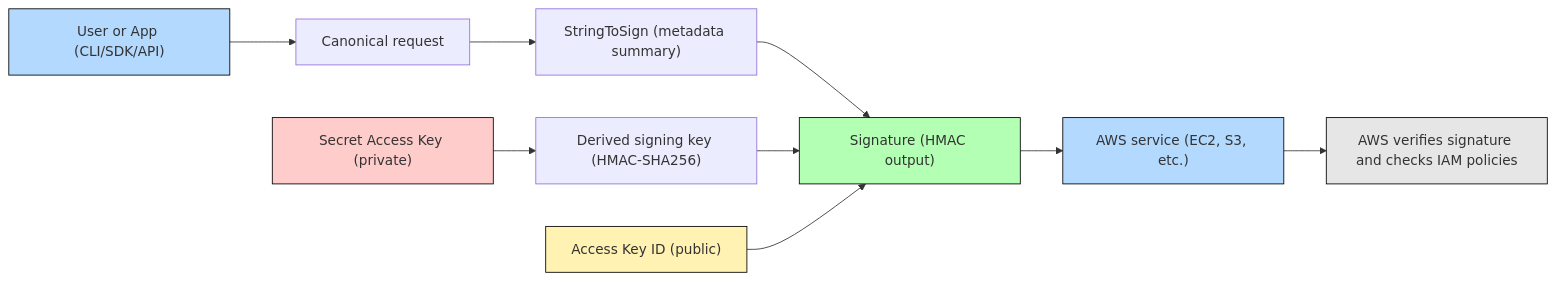
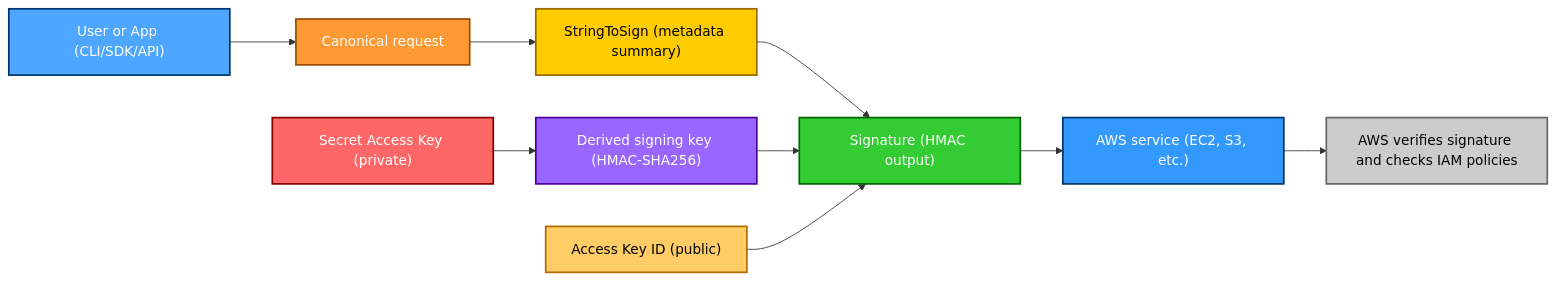
One commit to ronthesoul/awsCourse changed the diagram in README.md. Above: the diagram before and after it, drawn with Mermaid.

Commit message:
added some stuff

````diff
--- a/README.md
+++ b/README.md
@@ -223,18 +223,22 @@
 ```mermaid
 flowchart LR
     U["User or App (CLI/SDK/API)"] --> CR["Canonical request"]
     CR --> STS["StringToSign (metadata summary)"]
     SAK["Secret Access Key (private)"] --> HK["Derived signing key (HMAC-SHA256)"]
     STS --> SIG["Signature (HMAC output)"]
     HK --> SIG
     AK["Access Key ID (public)"] --> SIG
     SIG --> AWS["AWS service (EC2, S3, etc.)"]
     AWS --> VER["AWS verifies signature and checks IAM policies"]
 
-    style U fill:#b3d9ff,stroke:#000
-    style AK fill:#fff2b3,stroke:#000
-    style SAK fill:#ffcccc,stroke:#000
-    style SIG fill:#b3ffb3,stroke:#000
-    style AWS fill:#b3d9ff,stroke:#000
-    style VER fill:#e6e6e6,stroke:#000
+    %% Colors
+    style U fill:#4da6ff,stroke:#003366,stroke-width:2px,color:#ffffff
+    style CR fill:#ff9933,stroke:#994d00,stroke-width:2px,color:#ffffff
+    style STS fill:#ffcc00,stroke:#996600,stroke-width:2px,color:#000000
+    style SAK fill:#ff6666,stroke:#800000,stroke-width:2px,color:#ffffff
+    style HK fill:#9966ff,stroke:#4d0099,stroke-width:2px,color:#ffffff
+    style SIG fill:#33cc33,stroke:#006600,stroke-width:2px,color:#ffffff
+    style AK fill:#ffcc66,stroke:#b36b00,stroke-width:2px,color:#000000
+    style AWS fill:#3399ff,stroke:#003366,stroke-width:2px,color:#ffffff
+    style VER fill:#cccccc,stroke:#666666,stroke-width:2px,color:#000000
 ```
````
